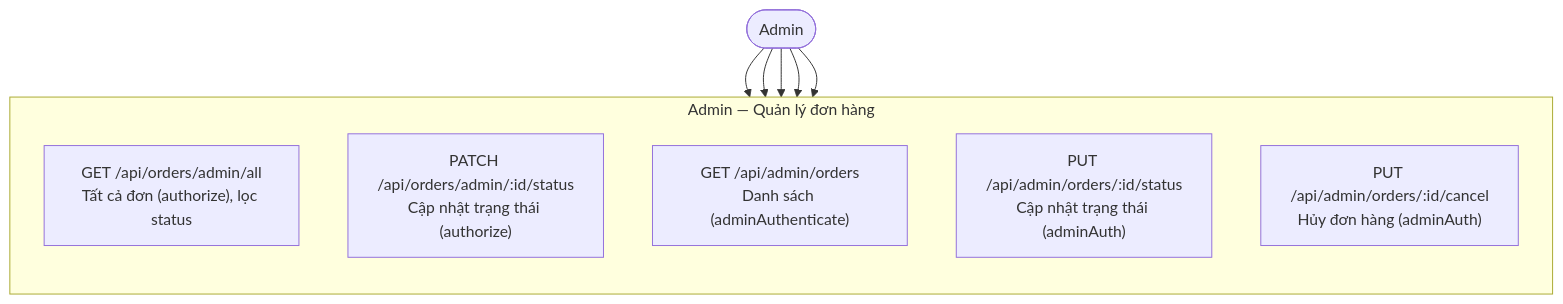
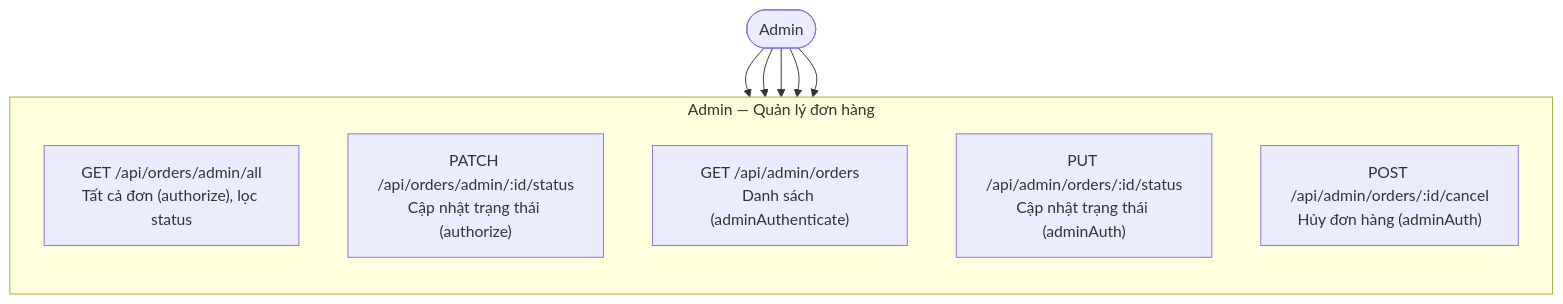
Before and after one commit to MinhThang1009/E-commerce-website: diagram 14 of 47 in DIAGRAMS.md, drawn with Mermaid. The commit also changed other lines of this file and 19 other files, not shown here.

First line of the commit message:
refactor(api): hợp nhất restock + chuẩn hóa verb hủy đơn admin (§C)

````diff
--- a/DIAGRAMS.md
+++ b/DIAGRAMS.md
@@ -429,19 +429,19 @@
 ```mermaid
 flowchart TB
     Admin(["Admin"])
 
     subgraph ADMIN_O["Admin — Quản lý đơn hàng"]
         direction TB
         AO1["GET /api/orders/admin/all<br/>Tất cả đơn (authorize), lọc status"]
         AO2["PATCH /api/orders/admin/:id/status<br/>Cập nhật trạng thái (authorize)"]
         AO3["GET /api/admin/orders<br/>Danh sách (adminAuthenticate)"]
         AO4["PUT /api/admin/orders/:id/status<br/>Cập nhật trạng thái (adminAuth)"]
-        AO5["PUT /api/admin/orders/:id/cancel<br/>Hủy đơn hàng (adminAuth)"]
+        AO5["POST /api/admin/orders/:id/cancel<br/>Hủy đơn hàng (adminAuth)"]
     end
 
     Admin --> AO1
     Admin --> AO2
     Admin --> AO3
     Admin --> AO4
     Admin --> AO5
 ```
````
